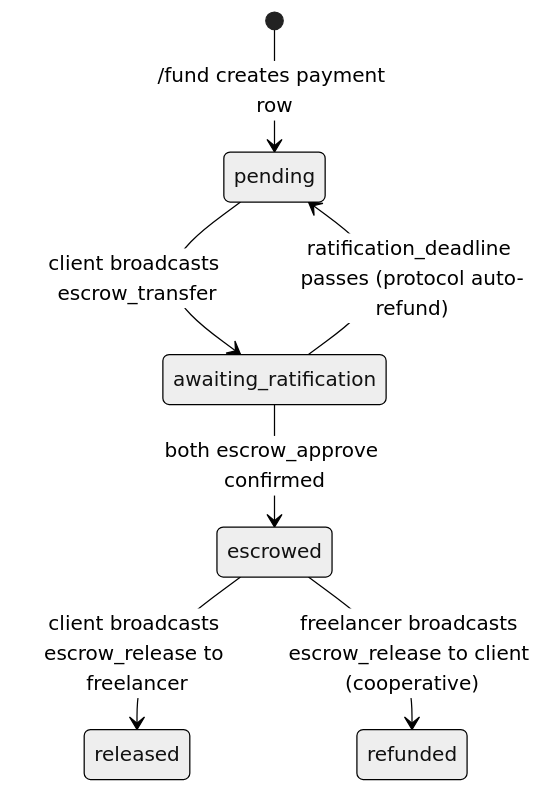
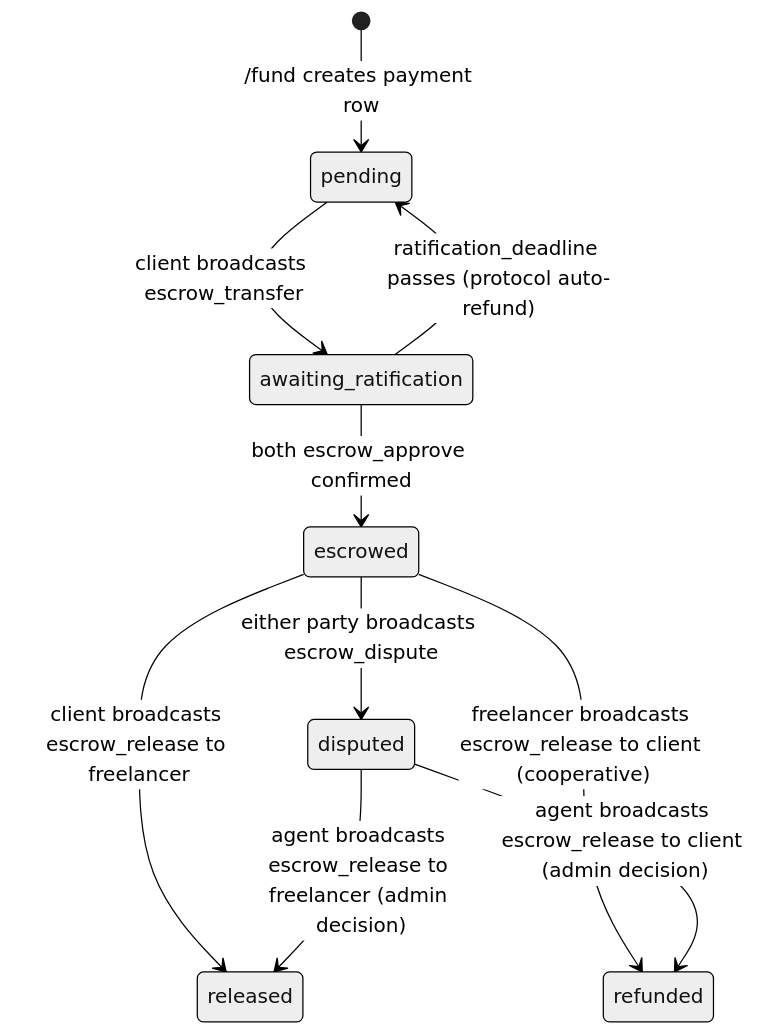
The second of 2 diagrams in Docs/[03] System_Architecture_Data_Model/[05] Escrow_Integration.md (hdev-core/hive-freelance), drawn with Mermaid before and after one commit. The commit also changed other lines of this file and 3 other files, not shown here.

````diff
--- a/Docs/[03] System_Architecture_Data_Model/[05] Escrow_Integration.md
+++ b/Docs/[03] System_Architecture_Data_Model/[05] Escrow_Integration.md
@@ -131,10 +161,13 @@
 ```mermaid
 %%{init: {'theme': 'neutral'}}%%
 stateDiagram-v2
     [*] --> pending : /fund creates payment row
     pending --> awaiting_ratification : client broadcasts escrow_transfer
     awaiting_ratification --> escrowed : both escrow_approve confirmed
     awaiting_ratification --> pending : ratification_deadline passes (protocol auto-refund)
     escrowed --> released : client broadcasts escrow_release to freelancer
     escrowed --> refunded : freelancer broadcasts escrow_release to client (cooperative)
+    escrowed --> disputed : either party broadcasts escrow_dispute
+    disputed --> released : agent broadcasts escrow_release to freelancer (admin decision)
+    disputed --> refunded : agent broadcasts escrow_release to client (admin decision)
 ```
````
